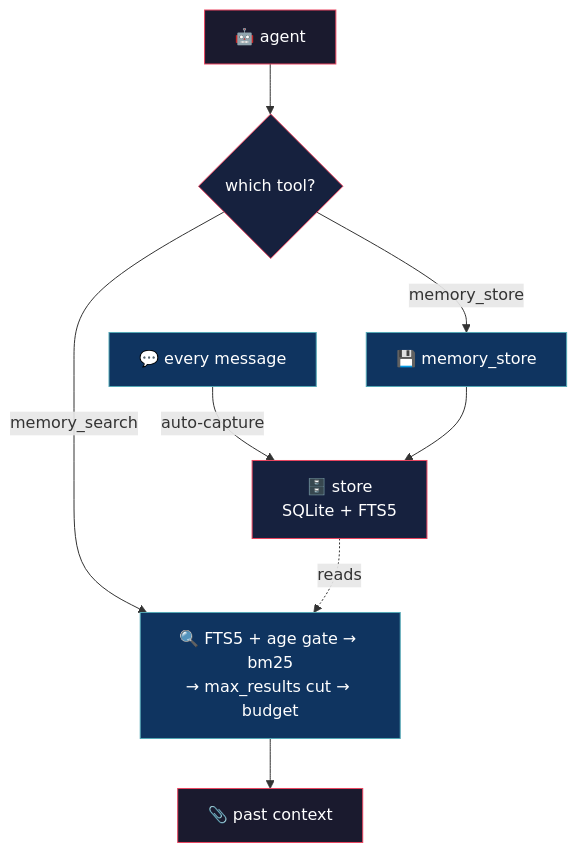
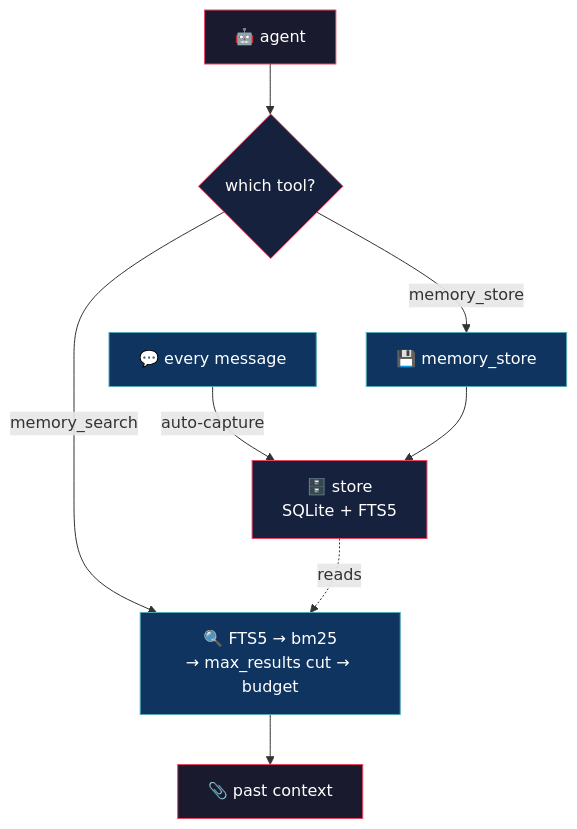
The diagram in README.md (alejo54dev/opencode-deep-memory), drawn with Mermaid before and after one commit. The commit also changed other lines of this file and 2 other files, not shown here.

Commit message:
feat: deep-memory v1.1.32 — drop search_max_days age gate

````diff
--- a/README.md
+++ b/README.md
@@ -39,21 +39,21 @@
 ```mermaid
 flowchart TD
     AGENT["🤖 agent"] --> D{"which tool?"}
 
     MSG["💬 every message"] -->|"auto-capture"| STORE["🗄️ store<br/>SQLite + FTS5"]
 
-    D -->|"memory_search"| READ["🔍 FTS5 + age gate → bm25<br/>→ max_results cut → budget"]
+    D -->|"memory_search"| READ["🔍 FTS5 → bm25<br/>→ max_results cut → budget"]
     D -->|"memory_store"| WRITE["💾 memory_store"]
 
     WRITE --> STORE
     STORE -. "reads" .-> READ
     READ --> OUT["📎 past context"]
 
     style AGENT fill:#1a1a2e,stroke:#e94560,color:#fff
     style D fill:#16213e,stroke:#e94560,color:#fff
     style MSG fill:#0f3460,stroke:#53a8b6,color:#fff
     style STORE fill:#16213e,stroke:#e94560,color:#fff
     style READ fill:#0f3460,stroke:#53a8b6,color:#fff
     style WRITE fill:#0f3460,stroke:#53a8b6,color:#fff
     style OUT fill:#1a1a2e,stroke:#e94560,color:#fff
 ```
````
